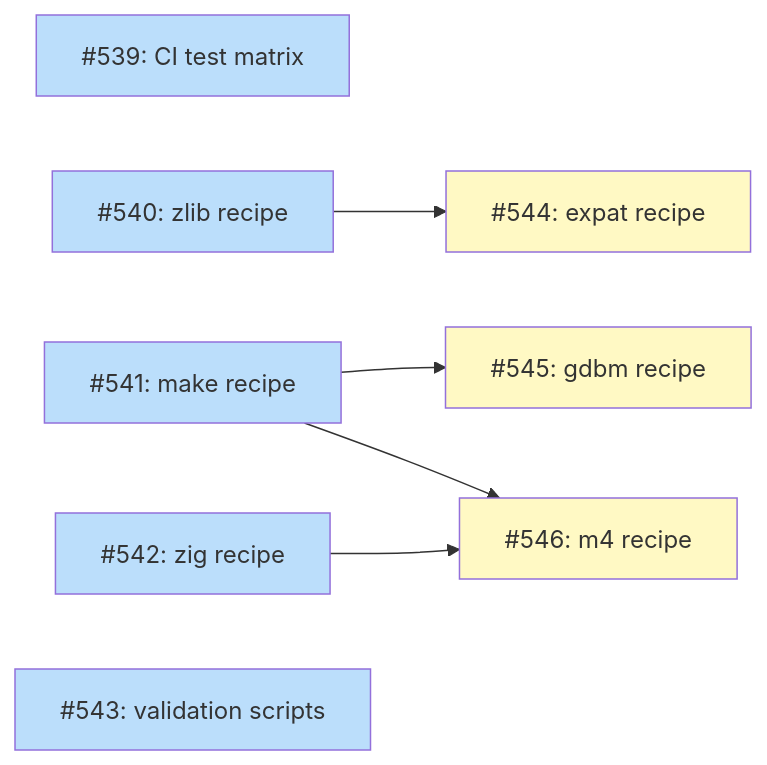
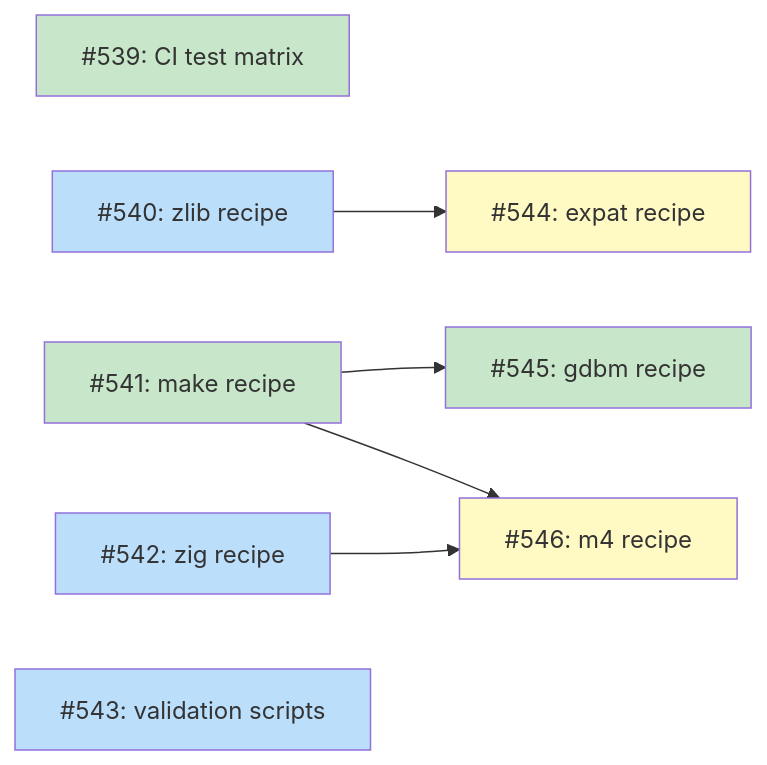
The first of 4 diagrams in docs/DESIGN-dependency-provisioning.md (tsukumogami/tsuku), drawn with Mermaid before and after one commit.

Commit message:
docs: mark #539, #541, #545 as complete (#577)
## Summary

Update the dependency provisioning design doc to mark completed issues:
- #539 (CI test matrix): done
- #541 (make recipe): done
- #545 (gdbm recipe): done

These were implemented in PR #565.

````diff
--- a/docs/DESIGN-dependency-provisioning.md
+++ b/docs/DESIGN-dependency-provisioning.md
@@ -24,23 +24,24 @@
 ```mermaid
 graph LR
     I539["#539: CI test matrix"]
     I540["#540: zlib recipe"]
     I541["#541: make recipe"]
     I542["#542: zig recipe"]
     I543["#543: validation scripts"]
     I544["#544: expat recipe"]
     I545["#545: gdbm recipe"]
     I546["#546: m4 recipe"]
 
     I540 --> I544
     I541 --> I545
     I541 --> I546
     I542 --> I546
 
     classDef done fill:#c8e6c9
     classDef ready fill:#bbdefb
     classDef blocked fill:#fff9c4
 
-    class I539,I540,I541,I542,I543 ready
-    class I544,I545,I546 blocked
+    class I539,I541,I545 done
+    class I540,I542,I543 ready
+    class I544,I546 blocked
 ```
````
